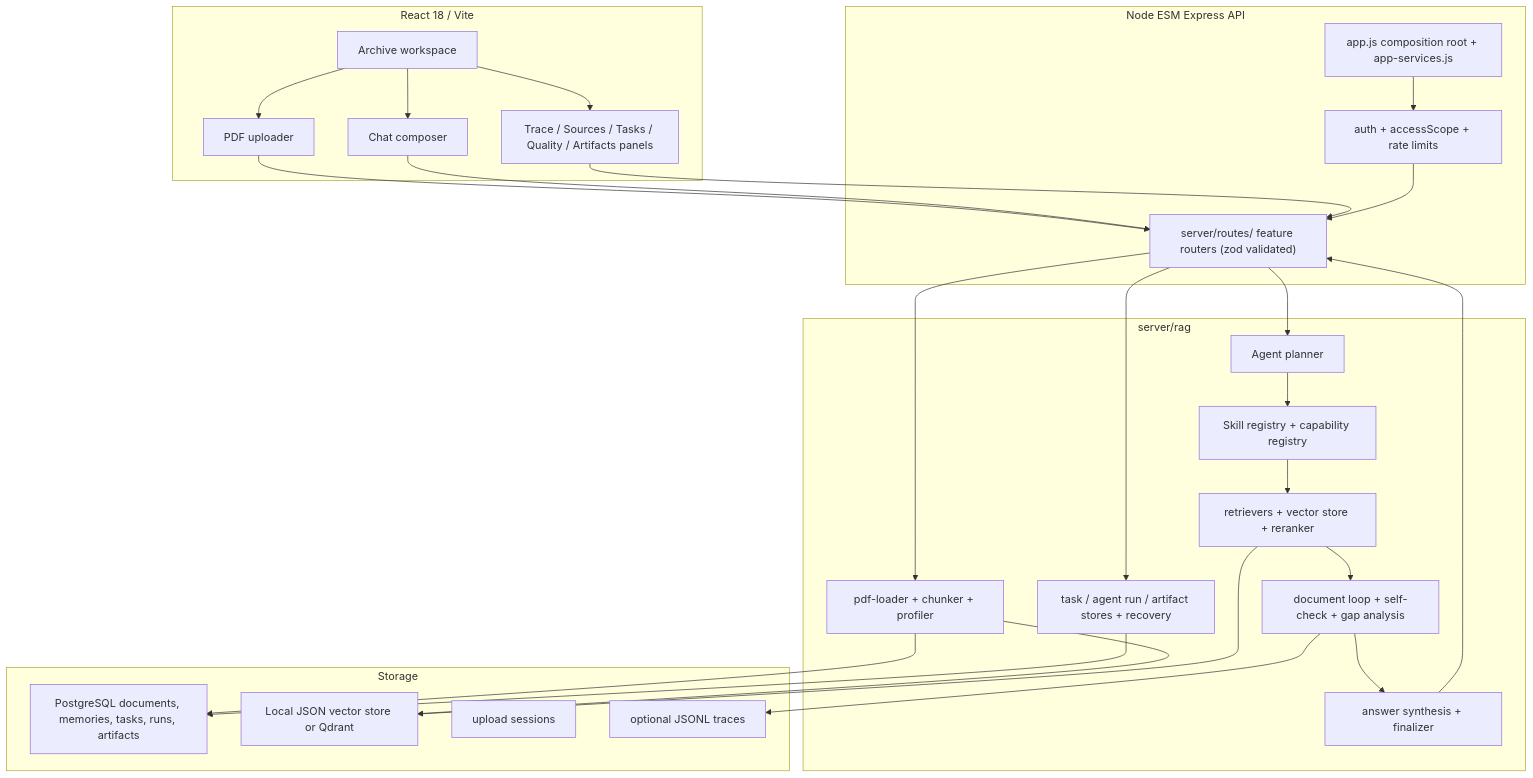
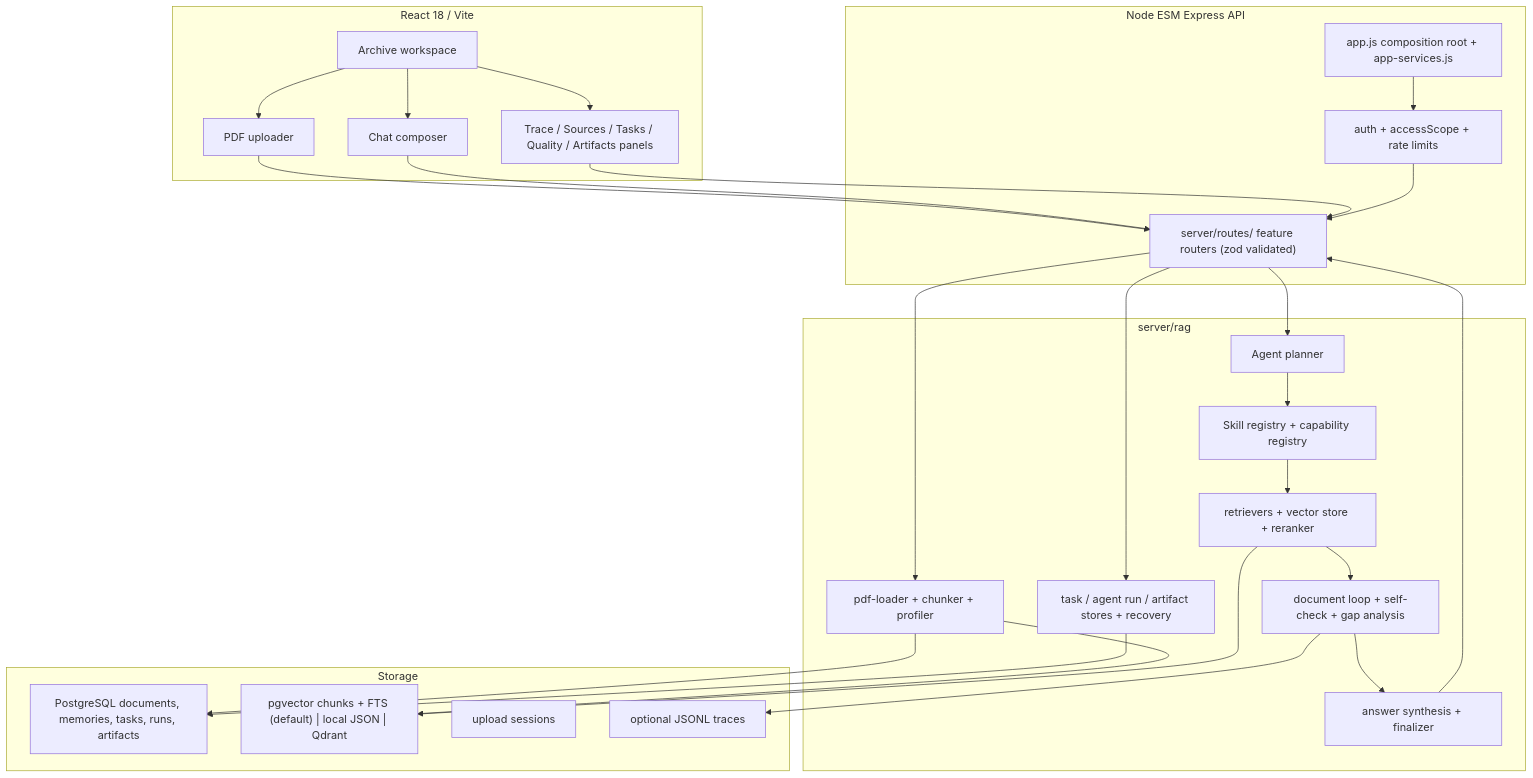
One commit to luc1ferxx/Luc1ferxx_Archive_RAG changed the first of 2 diagrams in README.md. Above: the diagram before and after it, drawn with Mermaid. The commit also changed other lines of this file and 115 other files, not shown here.

````diff
--- a/README.md
+++ b/README.md
@@ -56,54 +56,54 @@
 ```mermaid
 flowchart TB
   subgraph Frontend["React 18 / Vite"]
     Workspace["Archive workspace"]
     Upload["PDF uploader"]
     Chat["Chat composer"]
     TraceUI["Trace / Sources / Tasks / Quality / Artifacts panels"]
   end
 
   subgraph API["Node ESM Express API"]
     Composition["app.js composition root + app-services.js"]
     Auth["auth + accessScope + rate limits"]
     Routers["server/routes/ feature routers (zod validated)"]
   end
 
   subgraph RAG["server/rag"]
     Ingest["pdf-loader + chunker + profiler"]
     Planner["Agent planner"]
     Skills["Skill registry + capability registry"]
     Retrieval["retrievers + vector store + reranker"]
     Loop["document loop + self-check + gap analysis"]
     Finalizer["answer synthesis + finalizer"]
     Runs["task / agent run / artifact stores + recovery"]
   end
 
   subgraph Storage["Storage"]
     Postgres["PostgreSQL documents, memories, tasks, runs, artifacts"]
-    Vector["Local JSON vector store or Qdrant"]
+    Vector["pgvector chunks + FTS (default) | local JSON | Qdrant"]
     UploadSessions["upload sessions"]
     TraceFiles["optional JSONL traces"]
   end
 
   Workspace --> Upload
   Workspace --> Chat
   Workspace --> TraceUI
   Upload --> Routers
   Chat --> Routers
   TraceUI --> Routers
   Composition --> Auth
   Auth --> Routers
   Routers --> Ingest
   Routers --> Planner
   Planner --> Skills
   Skills --> Retrieval
   Retrieval --> Loop
   Loop --> Finalizer
   Finalizer --> Routers
   Routers --> Runs
   Ingest --> Postgres
   Ingest --> Vector
   Retrieval --> Vector
   Runs --> Postgres
   Loop --> TraceFiles
 ```
````
